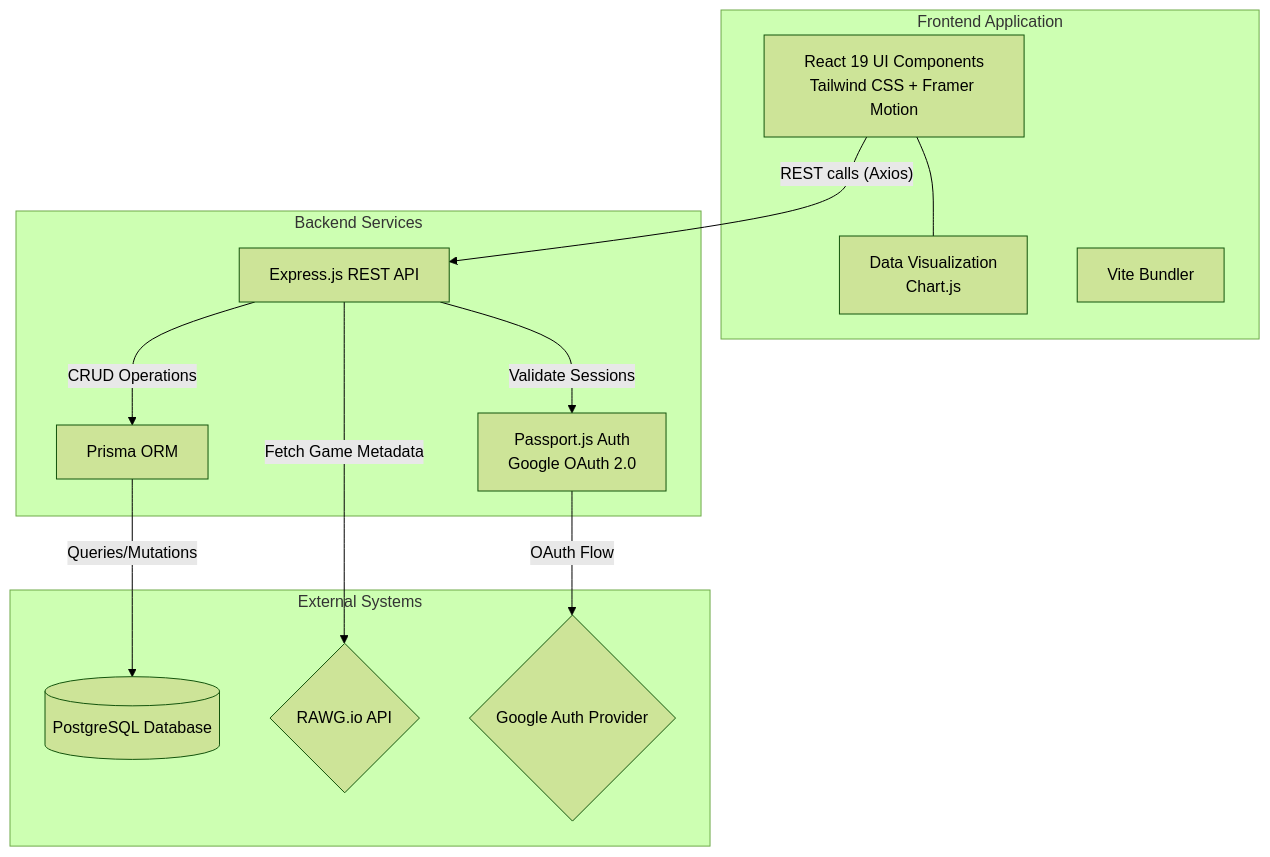
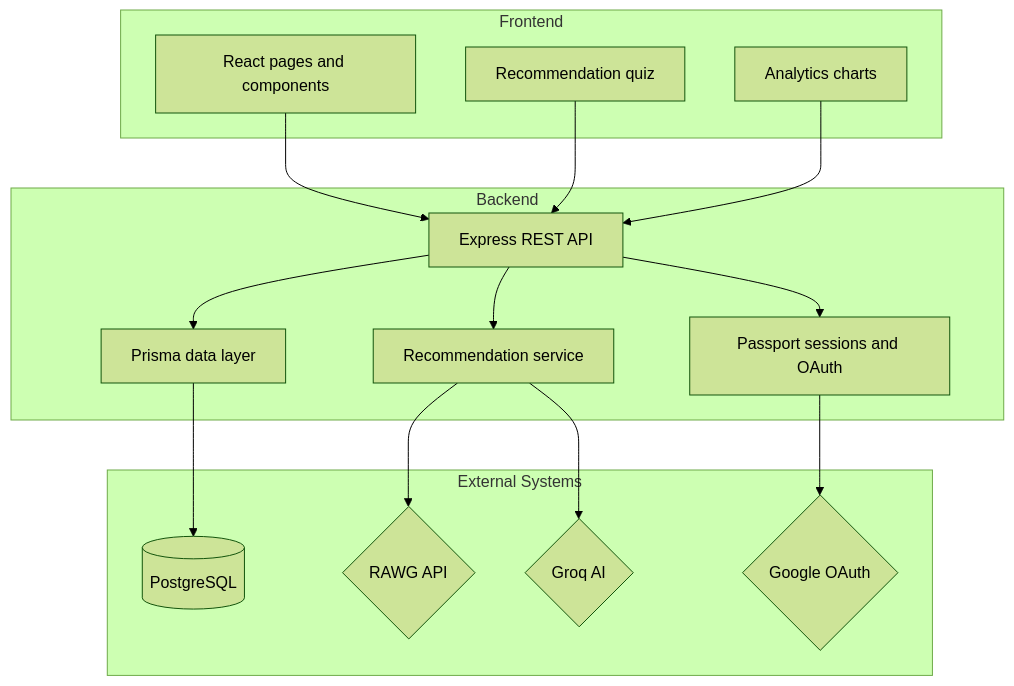
The second of 5 diagrams in README.md (madhav-gfn/GameLog), drawn with Mermaid (forest theme) before and after one commit. The commit also changed other lines of this file, not shown here.

````diff
--- a/README.md
+++ b/README.md
@@ -31,31 +42,33 @@
 ```mermaid
 graph TD
-    subgraph Frontend Application
-        UI[React 19 UI Components<br>Tailwind CSS + Framer Motion]
-        Charts[Data Visualization<br>Chart.js]
-        Vite[Vite Bundler]
+    subgraph Frontend
+        UI[React pages and components]
+        QUIZ[Recommendation quiz]
+        CHARTS[Analytics charts]
     end
 
-    subgraph Backend Services
-        API[Express.js REST API]
-        Auth[Passport.js Auth<br>Google OAuth 2.0]
-        ORM[Prisma ORM]
+    subgraph Backend
+        API[Express REST API]
+        AUTH[Passport sessions and OAuth]
+        REC[Recommendation service]
+        DBL[Prisma data layer]
     end
 
     subgraph External Systems
-        DB[(PostgreSQL Database)]
-        RAWG{RAWG.io API}
-        GoogleAuth{Google Auth Provider}
+        DB[(PostgreSQL)]
+        RAWG{RAWG API}
+        GROQ{Groq AI}
+        GOOGLE{Google OAuth}
     end
 
-    %% Connections
-    UI -- "REST calls (Axios)" --> API
-    API -- "CRUD Operations" --> ORM
-    ORM -- "Queries/Mutations" --> DB
-    
-    API -- "Fetch Game Metadata" --> RAWG
-    Auth -- "OAuth Flow" --> GoogleAuth
-    API -- "Validate Sessions" --> Auth
-    
-    UI --- Charts
+    UI --> API
+    QUIZ --> API
+    CHARTS --> API
+    API --> AUTH
+    API --> REC
+    API --> DBL
+    DBL --> DB
+    REC --> RAWG
+    REC --> GROQ
+    AUTH --> GOOGLE
 ```
````
